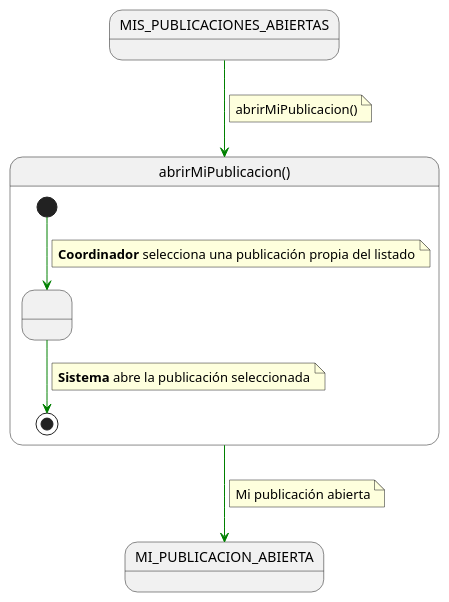
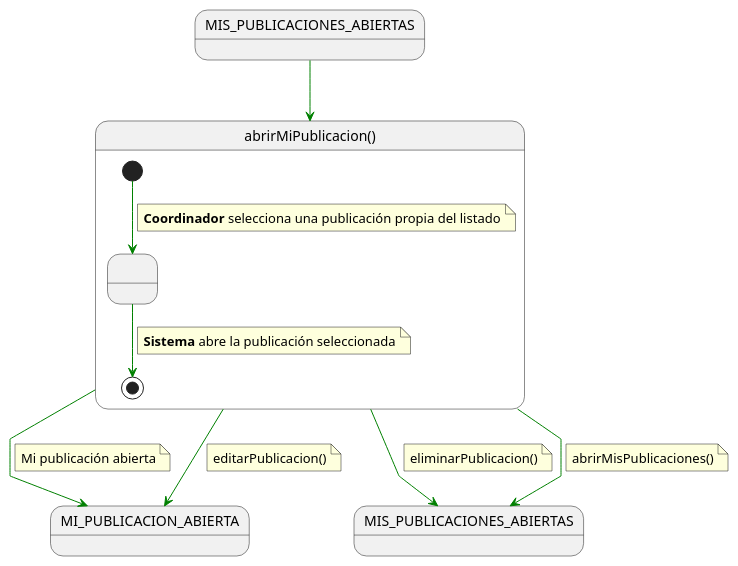
One commit to 31Diego/25-26-IdSw1-SdR changed the diagram in documents/casosDeUso/detalle/coordinador/08-mis-publicaciones/abrirMiPublicacion/abrirMiPublicacion.puml. Above: the diagram before and after it, drawn with PlantUML. The commit also changed 69 other files, not shown here.

```diff
--- a/documents/casosDeUso/detalle/coordinador/08-mis-publicaciones/abrirMiPublicacion/abrirMiPublicacion.puml
+++ b/documents/casosDeUso/detalle/coordinador/08-mis-publicaciones/abrirMiPublicacion/abrirMiPublicacion.puml
@@ -1,30 +1,42 @@
 @startuml abrirMiPublicacion
+skinparam linetype polyline
 
-skinparam linetype polyline
+state in1 as "MIS_PUBLICACIONES_ABIERTAS"
+in1 -[#green]-> abrirMiPublicacion
 
 state abrirMiPublicacion as "abrirMiPublicacion()" {
 
     state " " as SeleccionandoPublicacion
 
     [*] -[#green]-> SeleccionandoPublicacion
     note on link
     <b>Coordinador</b> selecciona una publicación propia del listado
     end note
 
     SeleccionandoPublicacion -[#green]-> [*]
     note on link
     <b>Sistema</b> abre la publicación seleccionada
     end note
 }
 
-MIS_PUBLICACIONES_ABIERTAS -[#green]-> abrirMiPublicacion
-note on link
-abrirMiPublicacion()
-end note
-
 abrirMiPublicacion -[#green]-> MI_PUBLICACION_ABIERTA
 note on link
 Mi publicación abierta
 end note
 
+abrirMiPublicacion -[#green]-> MI_PUBLICACION_ABIERTA
+note on link
+editarPublicacion()
+end note
+
+abrirMiPublicacion -[#green]-> MIS_PUBLICACIONES_ABIERTAS
+note on link
+eliminarPublicacion()
+end note
+
+abrirMiPublicacion -[#green]-> MIS_PUBLICACIONES_ABIERTAS
+note on link
+abrirMisPublicaciones()
+end note
+
 @enduml
```
